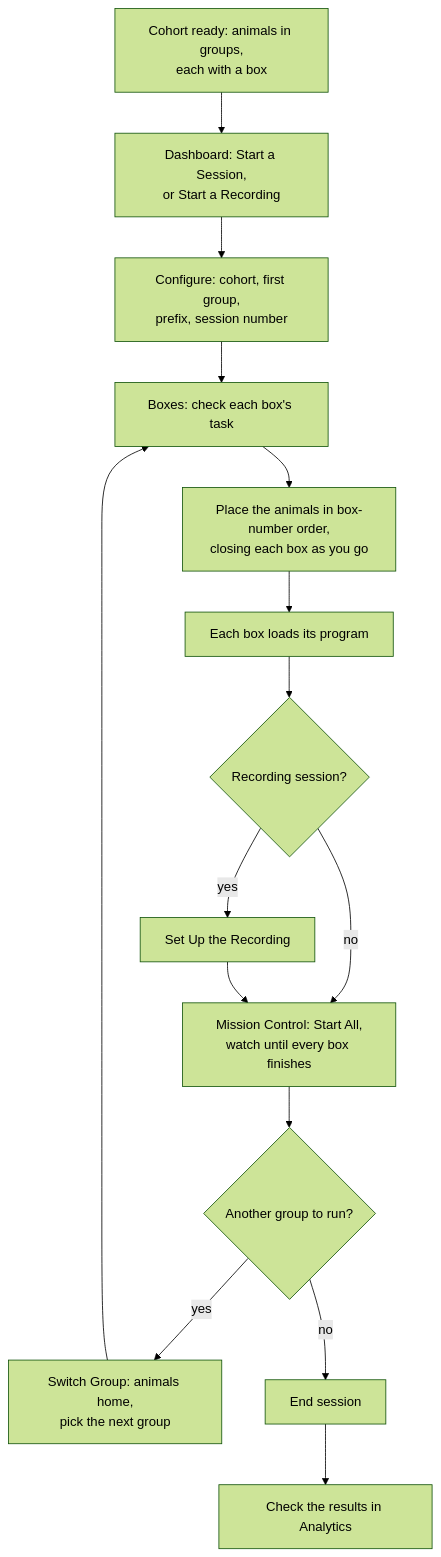
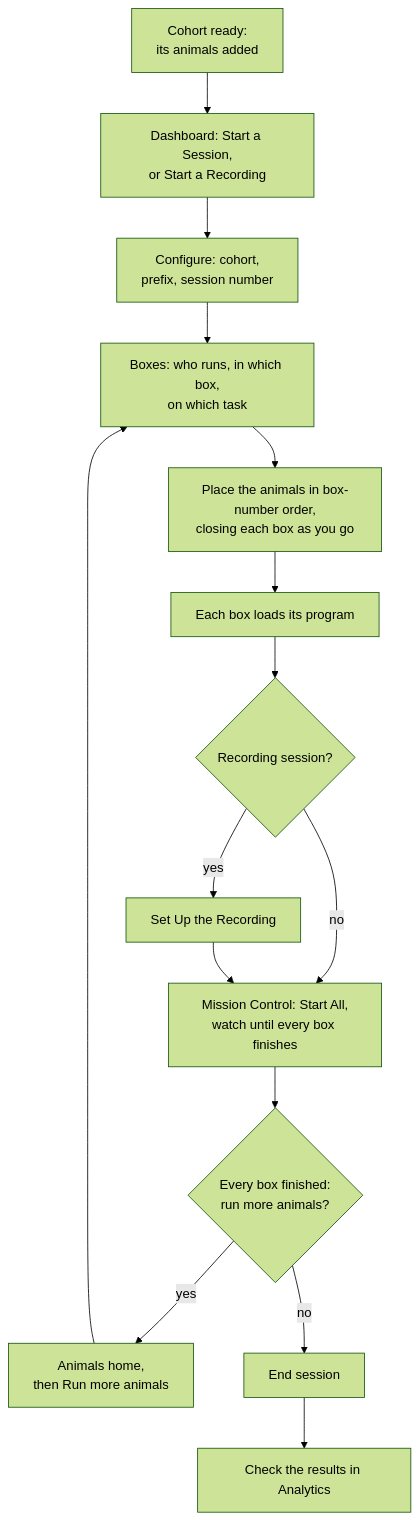
One commit to Chase-NJ/Ephymeris changed the first of 2 diagrams in docs/USER-GUIDE.md. Above: the diagram before and after it, drawn with Mermaid (forest theme). The commit also changed other lines of this file and 135 other files, not shown here.

First line of the commit message:
Replace groups with rounds; redesign session setup; add Mission Control progress tabs (#232)

````diff
--- a/docs/USER-GUIDE.md
+++ b/docs/USER-GUIDE.md
@@ -197,17 +185,17 @@
 ```mermaid
 flowchart TD
-    cohort["Cohort ready: animals in groups,<br/>each with a box"] --> start["Dashboard: Start a Session,<br/>or Start a Recording"]
-    start --> configure["Configure: cohort, first group,<br/>prefix, session number"]
-    configure --> boxes["Boxes: check each box's task"]
+    cohort["Cohort ready:<br/>its animals added"] --> start["Dashboard: Start a Session,<br/>or Start a Recording"]
+    start --> configure["Configure: cohort,<br/>prefix, session number"]
+    configure --> boxes["Boxes: who runs, in which box,<br/>on which task"]
     boxes --> place["Place the animals in box-number order,<br/>closing each box as you go"]
     place --> flashed["Each box loads its program"]
     flashed --> recording{"Recording session?"}
     recording -->|"yes"| record["Set Up the Recording"]
     recording -->|"no"| run["Mission Control: Start All,<br/>watch until every box finishes"]
     record --> run
-    run --> another{"Another group to run?"}
-    another -->|"yes"| swap["Switch Group: animals home,<br/>pick the next group"]
+    run --> another{"Every box finished:<br/>run more animals?"}
+    another -->|"yes"| swap["Animals home,<br/>then Run more animals"]
     swap --> boxes
     another -->|"no"| finish["End session"]
     finish --> results["Check the results in Analytics"]
 ```
````
